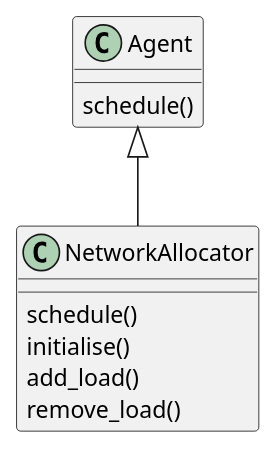
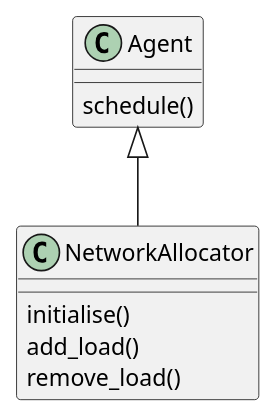
One commit to taqen/asgrids changed the third of 6 diagrams in worklog.org. Above: the diagram before and after it, drawn with PlantUML. The commit also changed other lines of this file, not shown here.

```diff
--- a/worklog.org
+++ b/worklog.org
@@ -101,12 +125,11 @@
 #+begin_src plantuml :exports none :file allocator.png
 class Agent {
   schedule()
 }
 class NetworkAllocator {
-  schedule()
   initialise()
   add_load()
   remove_load()
 }
 Agent <|-- NetworkAllocator
 #+end_src 
```
